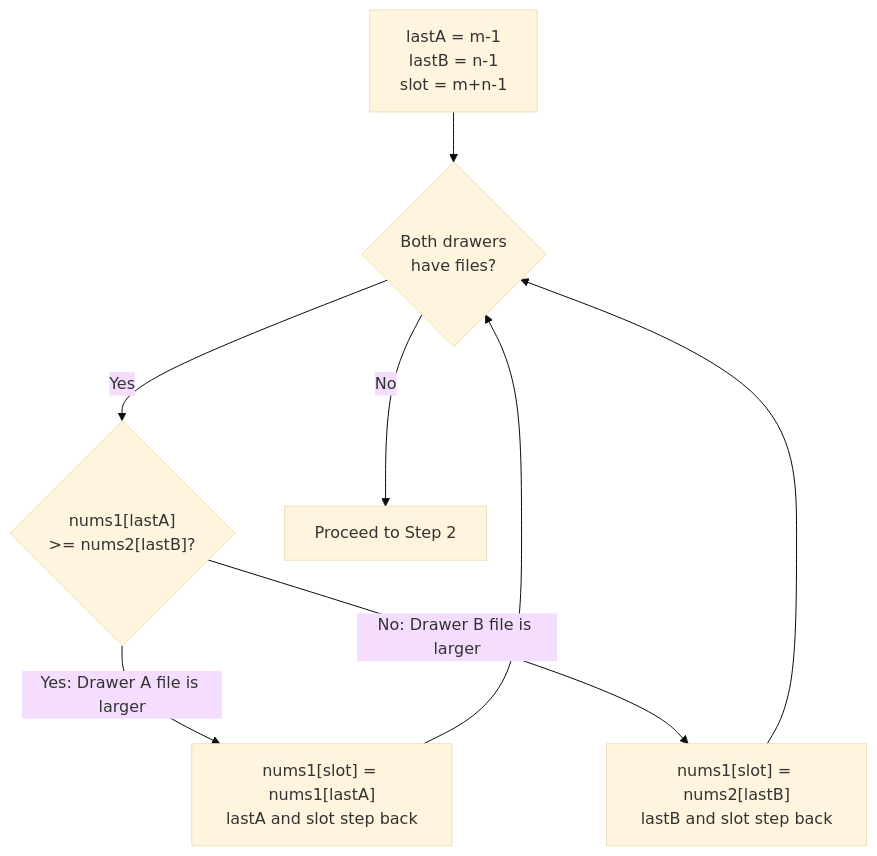
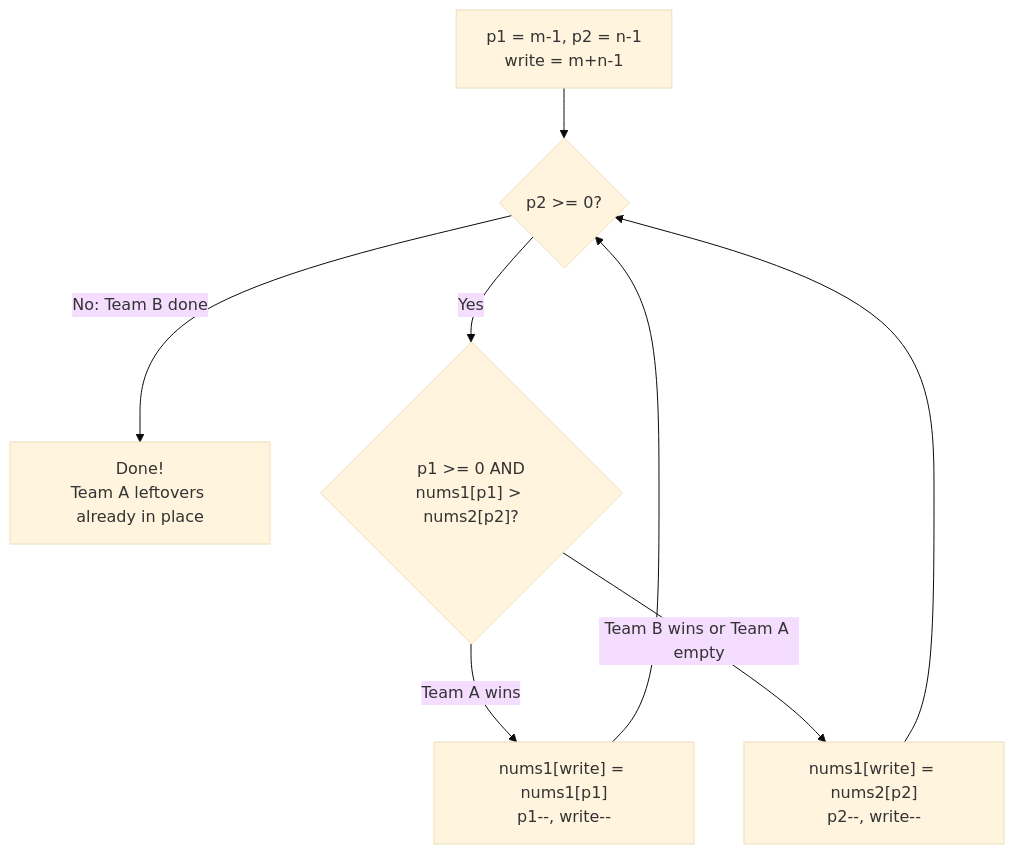
The diagram in app/problems/088-merge-sorted-array/mental-model.md (snesjhon/dsa-for-humans), drawn with Mermaid (base theme) before and after one commit. The commit also changed other lines of this file and 6 other files, not shown here.

````diff
--- a/app/problems/088-merge-sorted-array/mental-model.md
+++ b/app/problems/088-merge-sorted-array/mental-model.md
@@ -84,10 +107,10 @@
 ```mermaid
-flowchart TD
-    Start["lastA = m-1\nlastB = n-1\nslot = m+n-1"] --> Loop{"Both drawers\nhave files?"}
-    Loop -->|Yes| Compare{"nums1[lastA]\n>= nums2[lastB]?"}
-    Loop -->|No| Step2["Proceed to Step 2"]
-    Compare -->|"Yes: Drawer A file is larger"| PlaceA["nums1[slot] = nums1[lastA]\nlastA and slot step back"]
-    Compare -->|"No: Drawer B file is larger"| PlaceB["nums1[slot] = nums2[lastB]\nlastB and slot step back"]
-    PlaceA --> Loop
-    PlaceB --> Loop
+graph TD
+    A["p1 = m-1, p2 = n-1<br/>write = m+n-1"] --> B{"p2 >= 0?"}
+    B -->|"No: Team B done"| G["Done!<br/>Team A leftovers already in place"]
+    B -->|"Yes"| C{"p1 >= 0 AND<br/>nums1[p1] > nums2[p2]?"}
+    C -->|"Team A wins"| D["nums1[write] = nums1[p1]<br/>p1--, write--"]
+    C -->|"Team B wins or Team A empty"| E["nums1[write] = nums2[p2]<br/>p2--, write--"]
+    D --> B
+    E --> B
 ```
````
